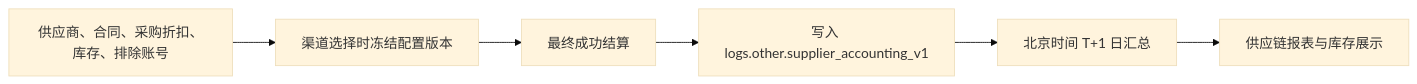
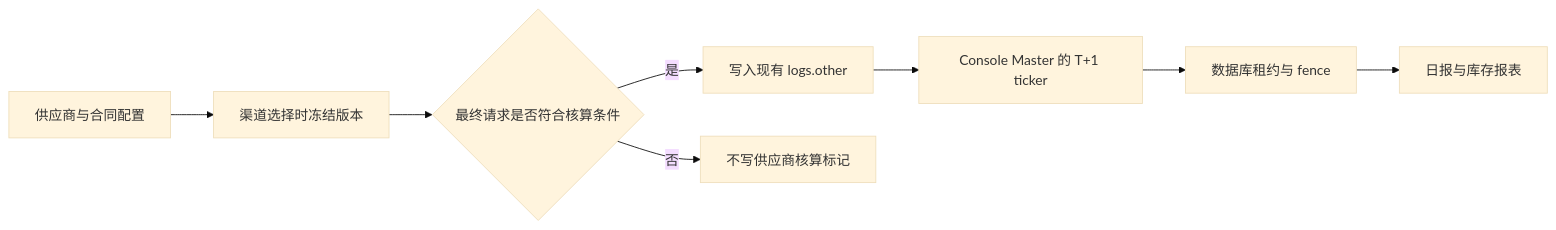
Before and after one commit to SolveaCX/new-api: the diagram in docs/supplier-supply-chain-v1.md, drawn with Mermaid (base theme). The commit also changed other lines of this file and 214 other files, not shown here.

Commit message:
refactor: simplify supplier accounting v1

````diff
--- a/docs/supplier-supply-chain-v1.md
+++ b/docs/supplier-supply-chain-v1.md
@@ -19,8 +16,10 @@
 ```mermaid
 flowchart LR
-    A["供应商、合同、采购折扣、库存、排除账号"] --> B["渠道选择时冻结配置版本"]
-    B --> C["最终成功结算"]
-    C --> D["写入 logs.other.supplier_accounting_v1"]
-    D --> E["北京时间 T+1 日汇总"]
-    E --> F["供应链报表与库存展示"]
+    A[供应商与合同配置] --> B[渠道选择时冻结版本]
+    B --> C{最终请求是否符合核算条件}
+    C -->|是| D[写入现有 logs.other]
+    C -->|否| E[不写供应商核算标记]
+    D --> F[Console Master 的 T+1 ticker]
+    F --> G[数据库租约与 fence]
+    G --> H[日报与库存报表]
 ```
````
